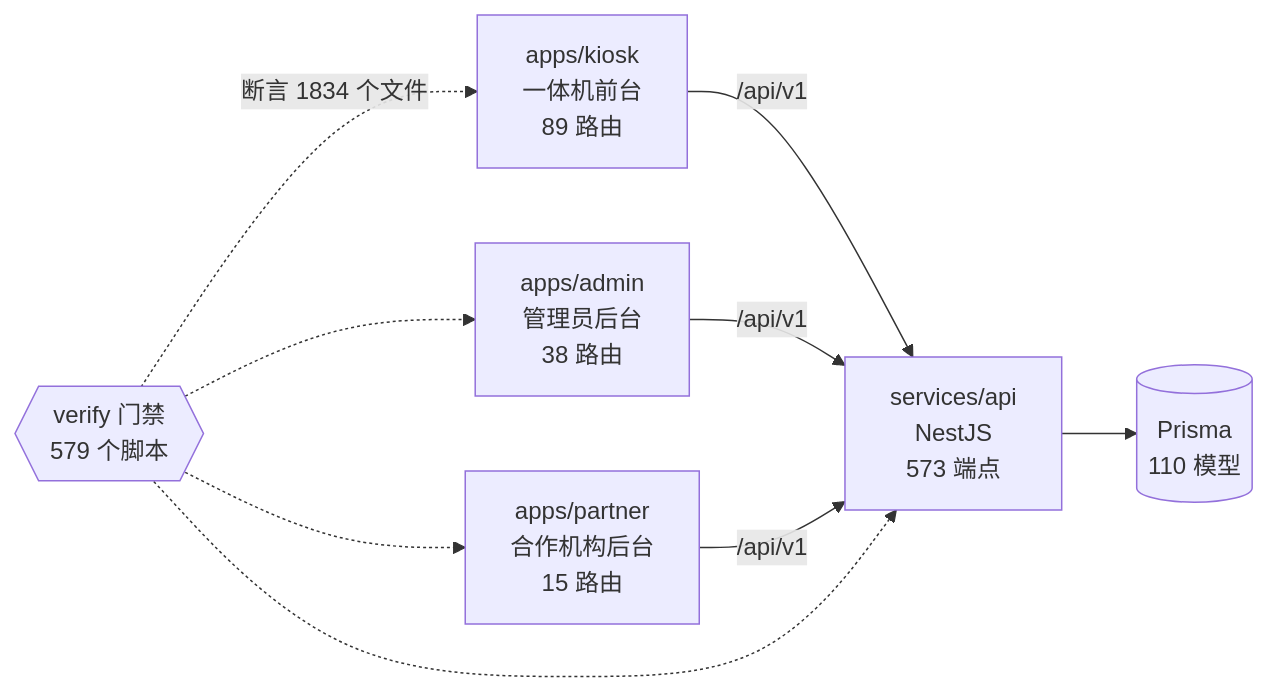
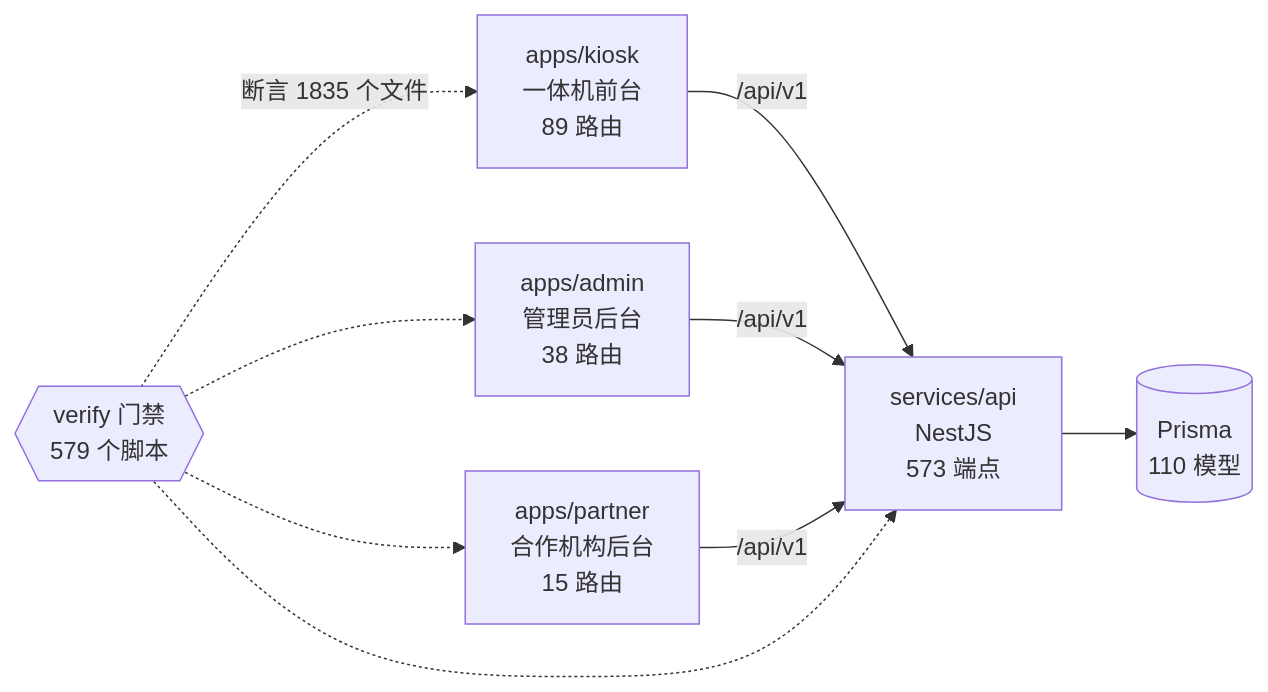
The diagram in docs/graph/README.md (wanglei581/YITIJI), drawn with Mermaid before and after one commit. The commit also changed other lines of this file and 8 other files, not shown here.

````diff
--- a/docs/graph/README.md
+++ b/docs/graph/README.md
@@ -68,18 +68,18 @@
 ```mermaid
 flowchart LR
   kiosk["apps/kiosk<br/>一体机前台<br/>89 路由"]
   admin["apps/admin<br/>管理员后台<br/>38 路由"]
   partner["apps/partner<br/>合作机构后台<br/>15 路由"]
   api["services/api<br/>NestJS<br/>573 端点"]
   db[("Prisma<br/>110 模型")]
   gates{{"verify 门禁<br/>579 个脚本"}}
 
   kiosk -->|"/api/v1"| api
   admin -->|"/api/v1"| api
   partner -->|"/api/v1"| api
   api --> db
-  gates -.->|"断言 1834 个文件"| kiosk
+  gates -.->|"断言 1835 个文件"| kiosk
   gates -.-> admin
   gates -.-> partner
   gates -.-> api
 ```
````
